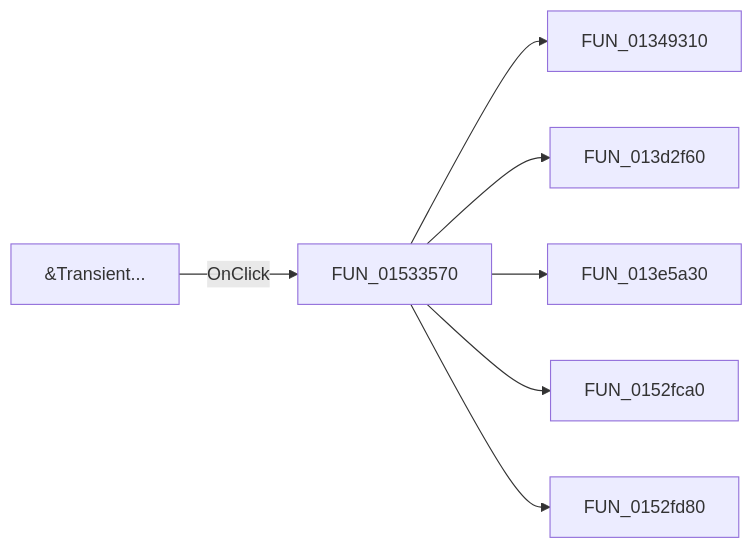
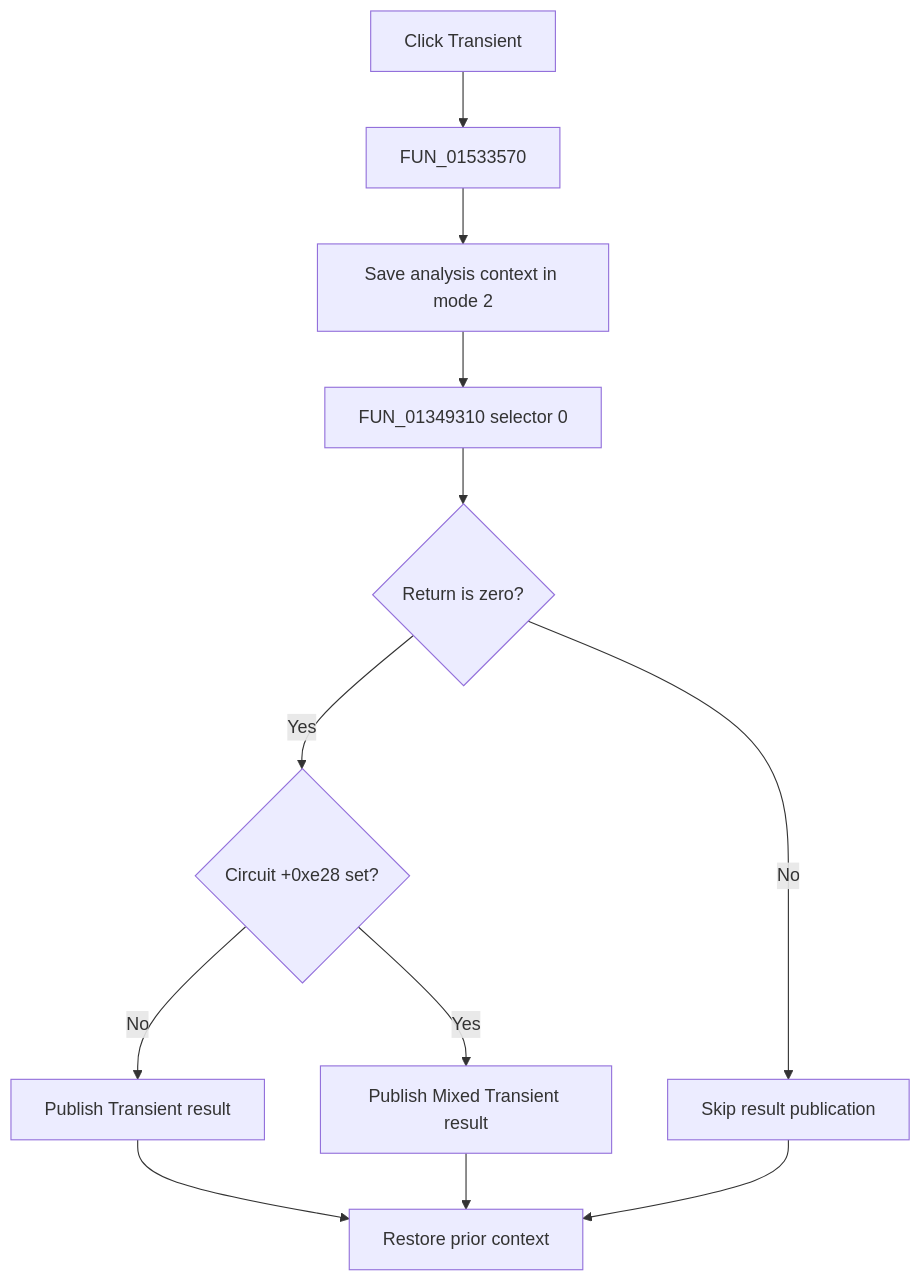
The diagram in docs/ui-controls/netlisteditor/mitransient-5a6fb623d3.md (MovGP0/TIARA), drawn with Mermaid before and after one commit. The commit also changed other lines of this file and 1062 other files, not shown here.

````diff
--- a/docs/ui-controls/netlisteditor/mitransient-5a6fb623d3.md
+++ b/docs/ui-controls/netlisteditor/mitransient-5a6fb623d3.md
@@ -27,9 +29,14 @@
 ```mermaid
-flowchart LR
-    control["&Transient..."] -->|OnClick| handler["FUN_01533570"]
-    handler --> call1["FUN_01349310"]
-    handler --> call2["FUN_013d2f60"]
-    handler --> call3["FUN_013e5a30"]
-    handler --> call4["FUN_0152fca0"]
-    handler --> call5["FUN_0152fd80"]
+flowchart TD
+    control["Click Transient"] --> handler["FUN_01533570"]
+    handler --> prepare["Save analysis context in mode 2"]
+    prepare --> setup["FUN_01349310 selector 0"]
+    setup --> zero{"Return is zero?"}
+    zero -->|No| skip["Skip result publication"]
+    zero -->|Yes| mixed{"Circuit +0xe28 set?"}
+    mixed -->|No| normal["Publish Transient result"]
+    mixed -->|Yes| mixedresult["Publish Mixed Transient result"]
+    normal --> restore["Restore prior context"]
+    mixedresult --> restore
+    skip --> restore
 ```
````
